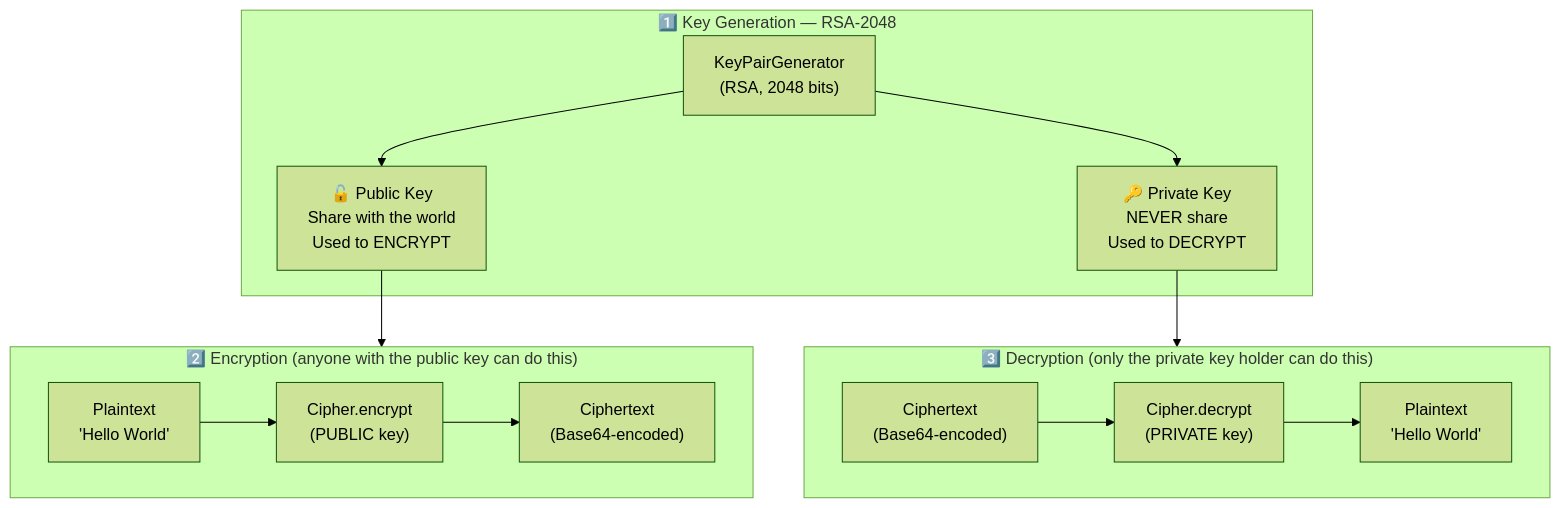
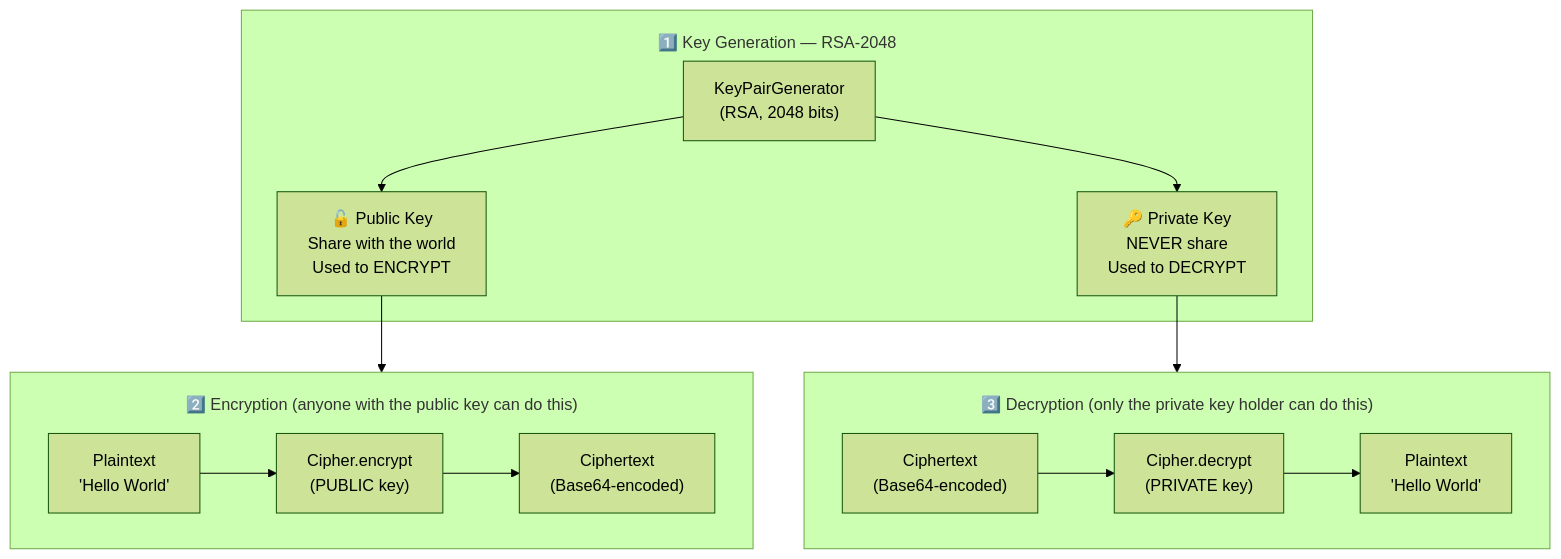
The first of 3 diagrams in src/main/java/security/encryption/asymmetric/README.md (csoares/SecurityJava), drawn with Mermaid (forest theme) before and after one commit. The commit also changed 11 other files, not shown here.

Commit message:
Add flowchart margin adjustments in README for improved diagram clarity

````diff
--- a/src/main/java/security/encryption/asymmetric/README.md
+++ b/src/main/java/security/encryption/asymmetric/README.md
@@ -16,27 +16,28 @@
 ```mermaid
+%%{init: {'flowchart': {'subGraphTitleMargin': {'top': 20, 'bottom': 5}}}}%%
 flowchart TD
     subgraph KeyGen ["1️⃣ Key Generation — RSA-2048"]
         KPG["KeyPairGenerator<br/>(RSA, 2048 bits)"]
         PUB["🔓 Public Key<br/>Share with the world<br/>Used to ENCRYPT"]
         PRIV["🔑 Private Key<br/>NEVER share<br/>Used to DECRYPT"]
         KPG --> PUB
         KPG --> PRIV
     end
 
     subgraph EncFlow ["2️⃣ Encryption  (anyone with the public key can do this)"]
         PT["Plaintext<br/>'Hello World'"]
         ENC["Cipher.encrypt<br/>(PUBLIC key)"]
         CT["Ciphertext<br/>(Base64-encoded)"]
         PT --> ENC --> CT
     end
 
     subgraph DecFlow ["3️⃣ Decryption  (only the private key holder can do this)"]
         CT2["Ciphertext<br/>(Base64-encoded)"]
         DEC["Cipher.decrypt<br/>(PRIVATE key)"]
         PT2["Plaintext<br/>'Hello World'"]
         CT2 --> DEC --> PT2
     end
 
     PUB --> EncFlow
     PRIV --> DecFlow
 ```
````
